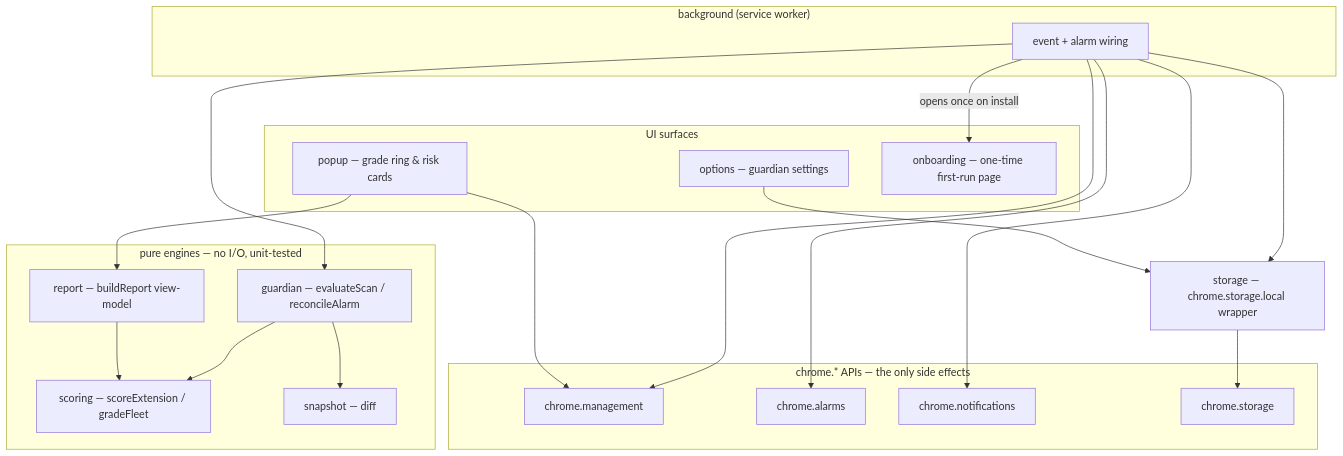
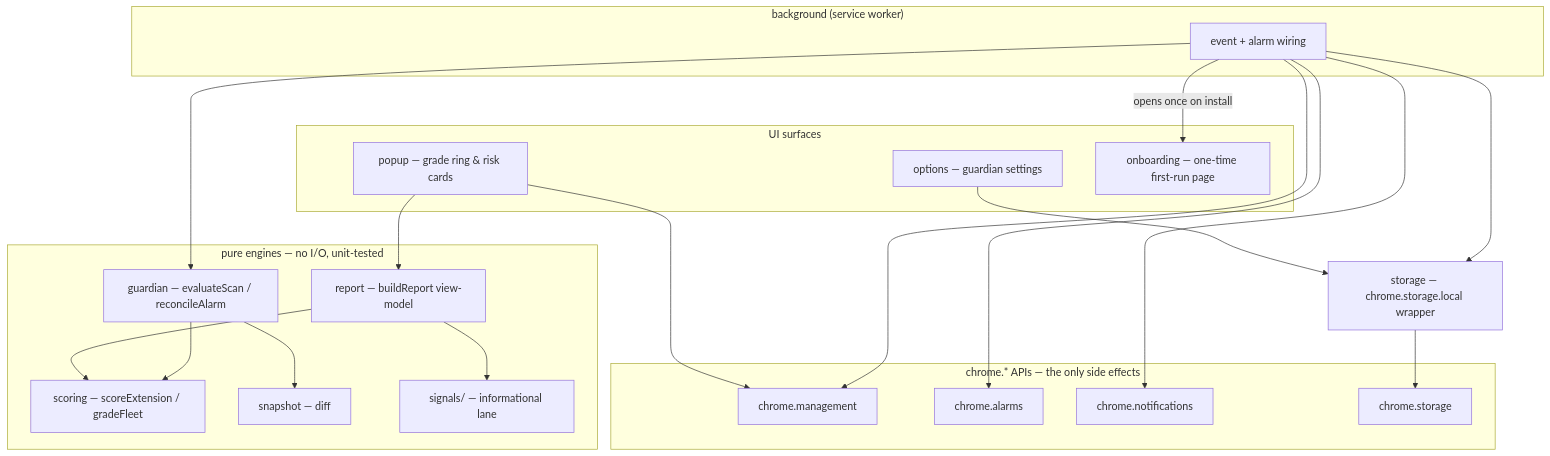
Before and after one commit to junnythemarksman/Ext-Ray: the first of 6 diagrams in README.md, drawn with Mermaid. The commit also changed other lines of this file and 3 other files, not shown here.

Commit message:
chore: v0.0.2 — signal pack shipped; roadmap + readme reflect the informational lane

````diff
--- a/README.md
+++ b/README.md
@@ -49,42 +53,44 @@
 ```mermaid
 flowchart TD
     subgraph UI["UI surfaces"]
         POP["popup — grade ring & risk cards"]
         OPT["options — guardian settings"]
         ONB["onboarding — one-time first-run page"]
     end
 
     subgraph BG["background (service worker)"]
         SW["event + alarm wiring"]
     end
 
     subgraph CORE["pure engines — no I/O, unit-tested"]
         SCORE["scoring — scoreExtension / gradeFleet"]
         DIFF["snapshot — diff"]
         GUARD["guardian — evaluateScan / reconcileAlarm"]
         REPORT["report — buildReport view-model"]
+        SIG["signals/ — informational lane"]
     end
 
     STORE["storage — chrome.storage.local wrapper"]
 
     subgraph EDGE["chrome.* APIs — the only side effects"]
         MGMT["chrome.management"]
         ALARM["chrome.alarms"]
         NOTIF["chrome.notifications"]
         STG["chrome.storage"]
     end
 
     POP --> REPORT
     REPORT --> SCORE
+    REPORT --> SIG
     POP --> MGMT
     OPT --> STORE
     SW --> GUARD
     GUARD --> DIFF
     GUARD --> SCORE
     SW --> STORE
     SW --> MGMT
     SW --> ALARM
     SW --> NOTIF
     SW -->|"opens once on install"| ONB
     STORE --> STG
 ```
````
